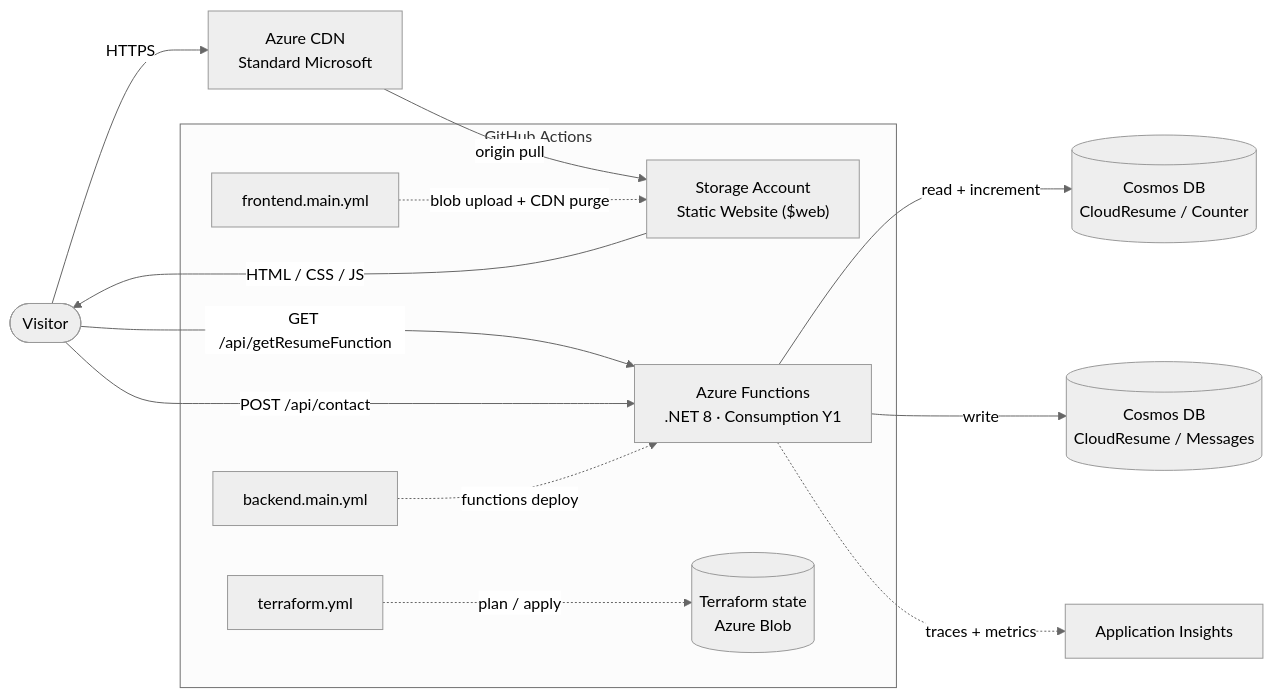
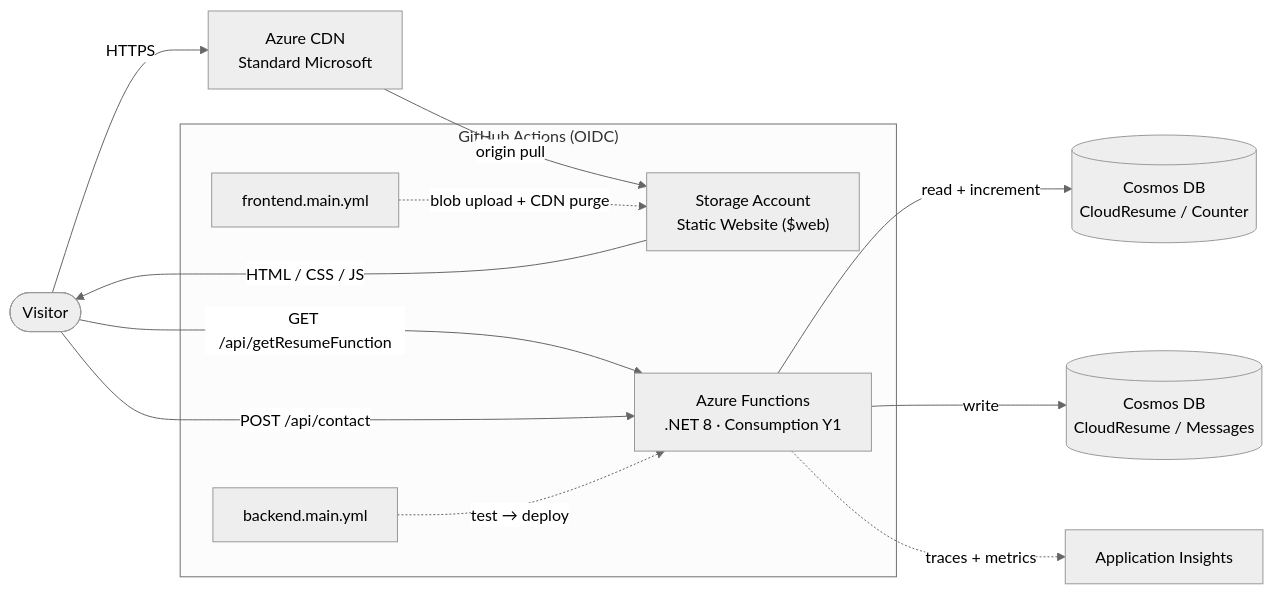
Before and after one commit to llewellynbooth/my-Azure-Resume: the diagram in README.md, drawn with Mermaid (neutral theme). The commit also changed other lines of this file and 5 other files, not shown here.

First line of the commit message:
Descope broken Terraform automation; fix backend deploy target

````diff
--- a/README.md
+++ b/README.md
@@ -24,18 +24,17 @@
 ```mermaid
 flowchart LR
     user(["Visitor"]) -->|HTTPS| cdn["Azure CDN<br/>Standard Microsoft"]
     cdn -->|origin pull| web["Storage Account<br/>Static Website ($web)"]
     web -->|"HTML / CSS / JS"| user
 
     user -->|"GET /api/getResumeFunction"| fn["Azure Functions<br/>.NET 8 · Consumption Y1"]
     fn -->|"read + increment"| counter[("Cosmos DB<br/>CloudResume / Counter")]
     user -->|"POST /api/contact"| fn
     fn -->|write| messages[("Cosmos DB<br/>CloudResume / Messages")]
     fn -.->|"traces + metrics"| ai["Application Insights"]
 
-    subgraph ci ["GitHub Actions"]
+    subgraph ci ["GitHub Actions (OIDC)"]
       w1["frontend.main.yml"] -.->|"blob upload + CDN purge"| web
-      w2["backend.main.yml"] -.->|"functions deploy"| fn
-      w3["terraform.yml"] -.->|"plan / apply"| state[("Terraform state<br/>Azure Blob")]
+      w2["backend.main.yml"] -.->|"test → deploy"| fn
     end
 ```
````
